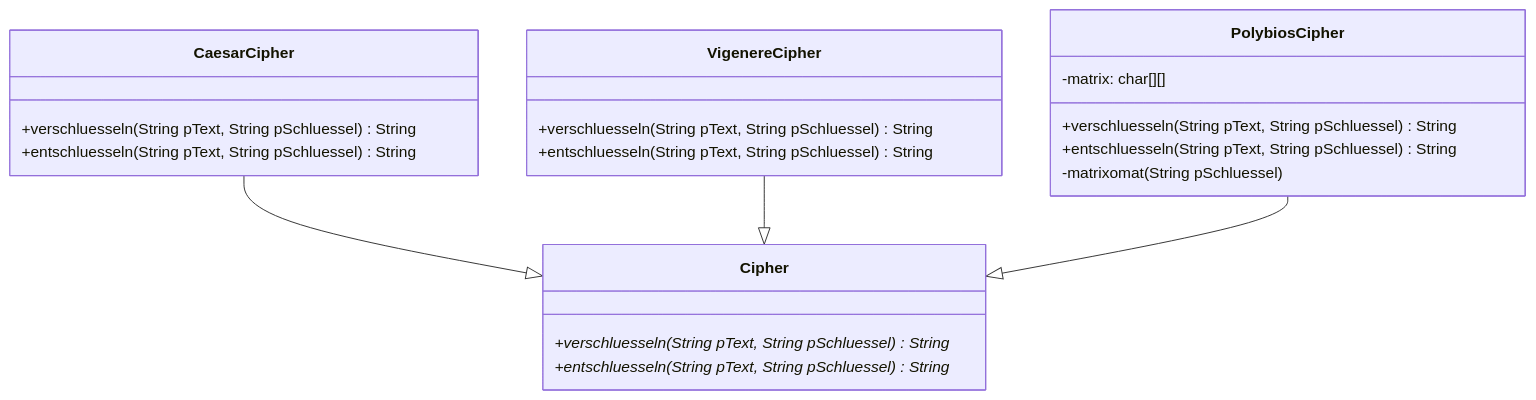
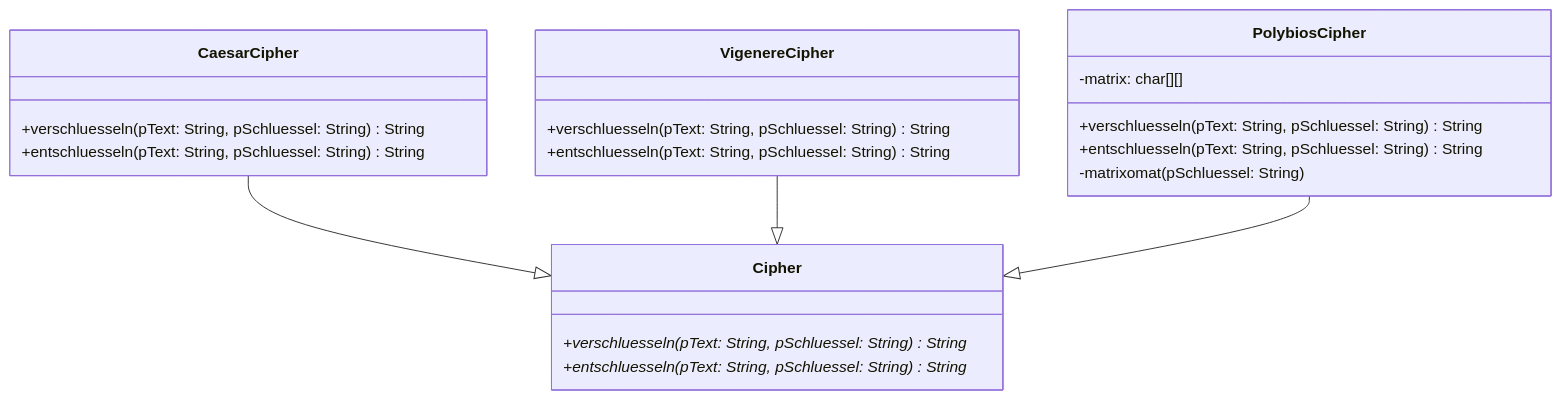
Before and after one commit to openpatch/hyperbook-informatik: the diagram in book/projekte/messenger/feature-verschluesselung/cipher.md, drawn with Mermaid. The commit also changed 19 other files, not shown here.

Commit message:
richtige implementationsdiagramme

````diff
--- a/book/projekte/messenger/feature-verschluesselung/cipher.md
+++ b/book/projekte/messenger/feature-verschluesselung/cipher.md
@@ -15,29 +15,29 @@
 ```mermaid
 classDiagram
 
     class Cipher {
-        +verschluesseln(String pText, String pSchluessel)* String
-        +entschluesseln(String pText, String pSchluessel)* String
+        +verschluesseln(pText: String, pSchluessel: String) String*
+        +entschluesseln(pText: String, pSchluessel: String) String*
     }
 
     CaesarCipher --|> Cipher
     VigenereCipher --|> Cipher
     PolybiosCipher --|> Cipher
 
     class CaesarCipher {
-        +verschluesseln(String pText, String pSchluessel) String
-        +entschluesseln(String pText, String pSchluessel) String
+        +verschluesseln(pText: String, pSchluessel: String) String
+        +entschluesseln(pText: String, pSchluessel: String) String
     }
 
     class VigenereCipher {
-        +verschluesseln(String pText, String pSchluessel) String
-        +entschluesseln(String pText, String pSchluessel) String
+        +verschluesseln(pText: String, pSchluessel: String) String
+        +entschluesseln(pText: String, pSchluessel: String) String
     }
 
     class PolybiosCipher {
         -matrix: char[][]
-        +verschluesseln(String pText, String pSchluessel) String
-        +entschluesseln(String pText, String pSchluessel) String
-        -matrixomat(String pSchluessel)
+        +verschluesseln(pText: String, pSchluessel: String) String
+        +entschluesseln(pText: String, pSchluessel: String) String
+        -matrixomat(pSchluessel: String)
     }
 ```
````
